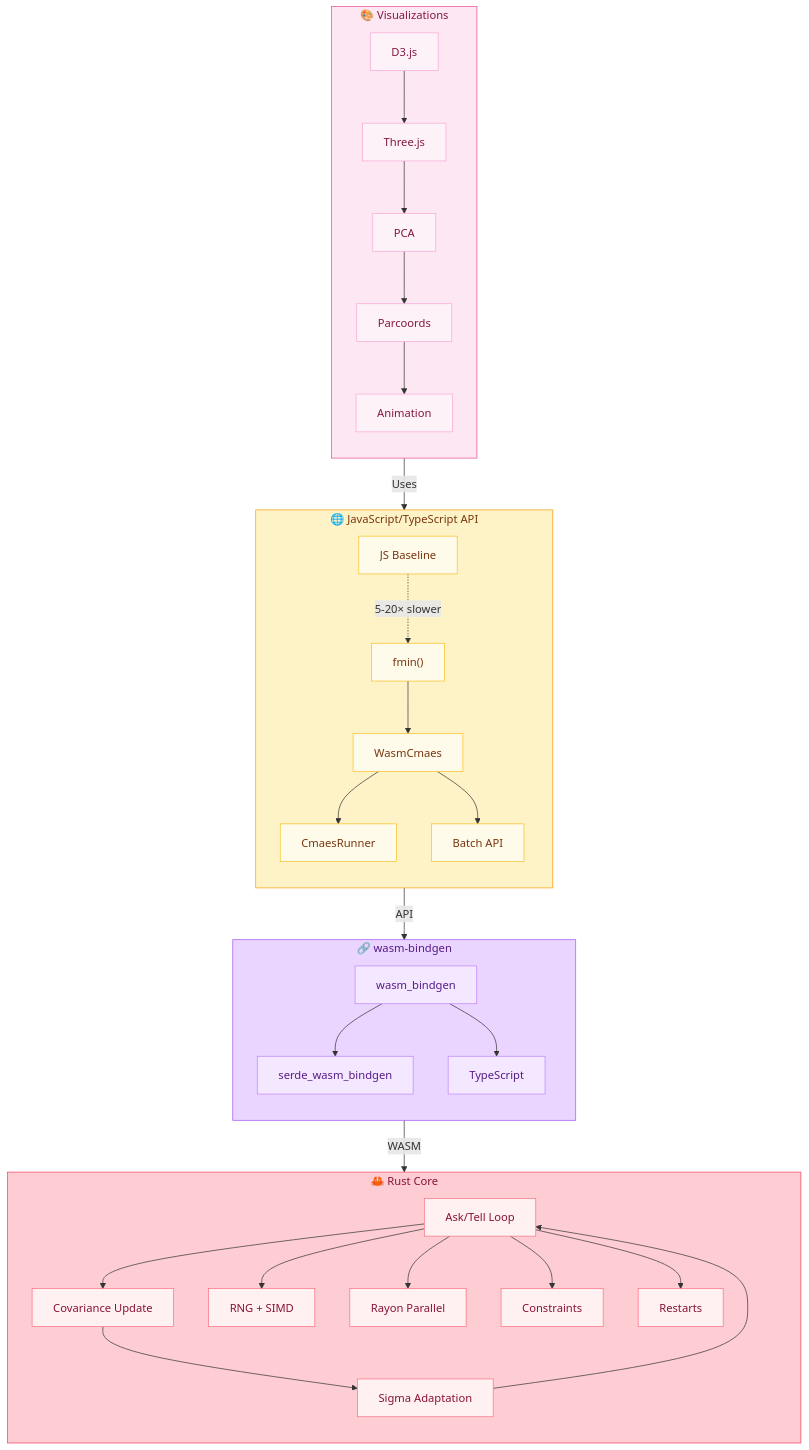
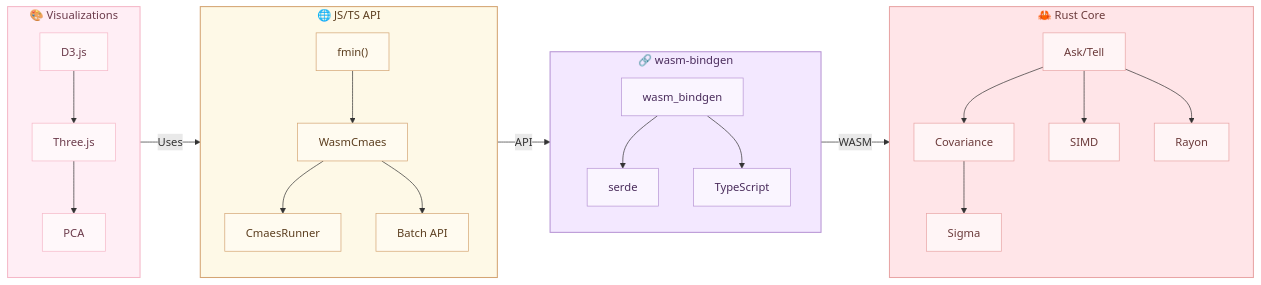
Before and after one commit to joyshmitz/wasm_cmaes: the diagram in README.md, drawn with Mermaid.

Commit message:
refactor: simplify and enhance architecture diagram in README
- Updated the mermaid diagram for the JavaScript/TypeScript API, wasm-bindgen, Rust Core, and Visualizations sections for clarity and improved layout.
- Streamlined node connections and removed unnecessary elements for better readability.
- Adjusted color definitions for improved visual distinction between layers and nodes.

````diff
--- a/README.md
+++ b/README.md
@@ -68,83 +68,49 @@
 ```mermaid
-flowchart TB
-    subgraph Layer1["🌐 JavaScript/TypeScript API"]
-        direction TB
-        A1["fmin()"]
-        A2["WasmCmaes"]
-        A3["CmaesRunner"]
-        A4["Batch API"]
-        A5["JS Baseline"]
-        
-        A1 --> A2
-        A2 --> A3
-        A2 --> A4
-        A5 -.->|"5-20× slower"| A1
+flowchart LR
+    subgraph L1["🌐 JS/TS API"]
+        A1["fmin()"] --> A2["WasmCmaes"]
+        A2 --> A3["CmaesRunner"]
+        A2 --> A4["Batch API"]
     end
 
-    subgraph Layer2["🔗 wasm-bindgen"]
-        direction TB
-        B1["wasm_bindgen"]
-        B2["serde_wasm_bindgen"]
-        B3["TypeScript"]
-        
-        B1 --> B2
-        B1 --> B3
+    subgraph L2["🔗 wasm-bindgen"]
+        B1["wasm_bindgen"] --> B2["serde"]
+        B1 --> B3["TypeScript"]
     end
 
-    subgraph Layer3["🦀 Rust Core"]
-        direction TB
-        C1["Ask/Tell Loop"]
-        C2["Covariance Update"]
-        C3["Sigma Adaptation"]
-        C4["RNG + SIMD"]
-        C5["Rayon Parallel"]
-        C6["Constraints"]
-        C7["Restarts"]
-        
-        C1 --> C2
-        C2 --> C3
-        C3 --> C1
-        C1 --> C4
-        C1 --> C5
-        C1 --> C6
-        C1 --> C7
+    subgraph L3["🦀 Rust Core"]
+        C1["Ask/Tell"] --> C2["Covariance"]
+        C2 --> C3["Sigma"]
+        C1 --> C4["SIMD"]
+        C1 --> C5["Rayon"]
     end
 
-    subgraph Layer4["🎨 Visualizations"]
-        direction TB
-        D1["D3.js"]
-        D2["Three.js"]
-        D3["PCA"]
-        D4["Parcoords"]
-        D5["Animation"]
-        
-        D1 --> D2
-        D2 --> D3
-        D3 --> D4
-        D4 --> D5
+    subgraph L4["🎨 Visualizations"]
+        D1["D3.js"] --> D2["Three.js"]
+        D2 --> D3["PCA"]
     end
 
-    Layer1 -->|"API"| Layer2
-    Layer2 -->|"WASM"| Layer3
-    Layer4 -->|"Uses"| Layer1
+    L1 -->|API| L2
+    L2 -->|WASM| L3
+    L4 -->|Uses| L1
 
-    classDef jsLayer fill:#fef3c7,stroke:#f59e0b,stroke-width:1px,color:#78350f
-    classDef wasmLayer fill:#e9d5ff,stroke:#a855f7,stroke-width:1px,color:#581c87
-    classDef rustLayer fill:#fecdd3,stroke:#f43f5e,stroke-width:1px,color:#881337
-    classDef vizLayer fill:#fce7f3,stroke:#ec4899,stroke-width:1px,color:#831843
+    classDef jsLayer fill:#fef9e7,stroke:#d4a574,stroke-width:1.5px,color:#5c3e1f
+    classDef wasmLayer fill:#f3e8ff,stroke:#b794d4,stroke-width:1.5px,color:#4a2c5c
+    classDef rustLayer fill:#ffe5e8,stroke:#e8a5a5,stroke-width:1.5px,color:#6b3a3a
+    classDef vizLayer fill:#ffeef5,stroke:#f5b8c8,stroke-width:1.5px,color:#6b3a4a
     
-    classDef jsNode fill:#fffbeb,stroke:#fbbf24,stroke-width:1px,color:#78350f
-    classDef wasmNode fill:#f3e8ff,stroke:#c084fc,stroke-width:1px,color:#581c87
-    classDef rustNode fill:#fff1f2,stroke:#fb7185,stroke-width:1px,color:#881337
-    classDef vizNode fill:#fdf2f8,stroke:#f9a8d4,stroke-width:1px,color:#831843
+    classDef jsNode fill:#fffbf0,stroke:#d4a574,stroke-width:1px,color:#5c3e1f
+    classDef wasmNode fill:#faf5ff,stroke:#b794d4,stroke-width:1px,color:#4a2c5c
+    classDef rustNode fill:#fff5f6,stroke:#e8a5a5,stroke-width:1px,color:#6b3a3a
+    classDef vizNode fill:#fff8fa,stroke:#f5b8c8,stroke-width:1px,color:#6b3a4a
 
-    class Layer1 jsLayer
-    class Layer2 wasmLayer
-    class Layer3 rustLayer
-    class Layer4 vizLayer
+    class L1 jsLayer
+    class L2 wasmLayer
+    class L3 rustLayer
+    class L4 vizLayer
     
-    class A1,A2,A3,A4,A5 jsNode
+    class A1,A2,A3,A4 jsNode
     class B1,B2,B3 wasmNode
-    class C1,C2,C3,C4,C5,C6,C7 rustNode
-    class D1,D2,D3,D4,D5 vizNode
+    class C1,C2,C3,C4,C5 rustNode
+    class D1,D2,D3 vizNode
 ```
````
